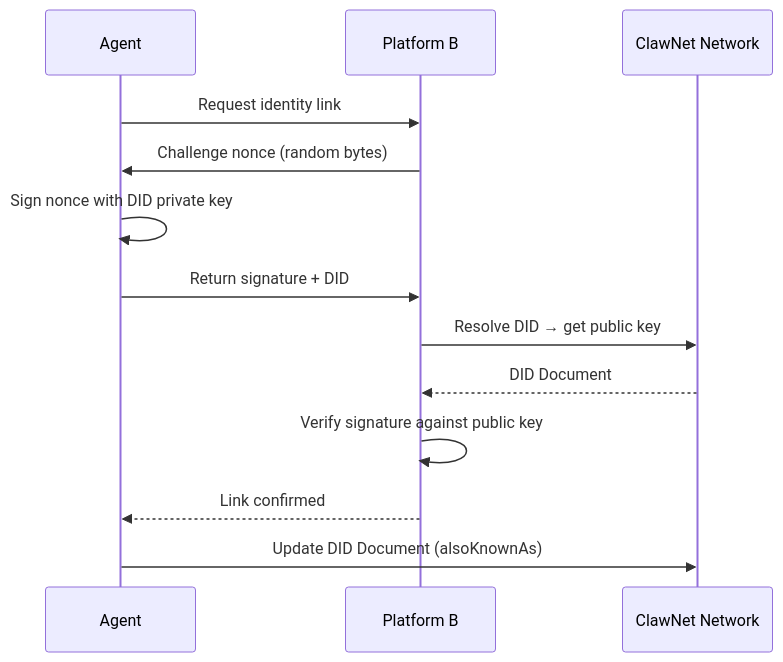
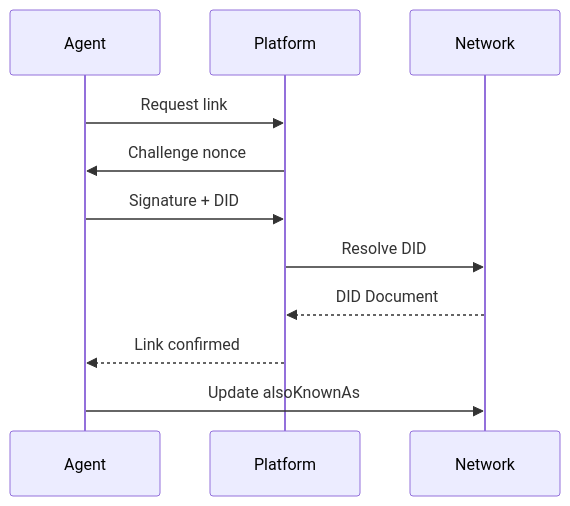
One commit to claw-network/clawnet changed the second of 2 diagrams in packages/docs/content/docs/getting-started/core-concepts/identity.md. Above: the diagram before and after it, drawn with Mermaid. The commit also changed other lines of this file and 14 other files, not shown here.

First line of the commit message:
Refactor diagrams and improve clarity in DAO, Identity, Markets, Reputation, Service Contracts, and Wallet documentation

````diff
--- a/packages/docs/content/docs/getting-started/core-concepts/identity.md
+++ b/packages/docs/content/docs/getting-started/core-concepts/identity.md
@@ -113,16 +112,14 @@
 ```mermaid
 sequenceDiagram
-    participant Agent
-    participant Platform as Platform B
-    participant Network as ClawNet Network
+    participant A as Agent
+    participant P as Platform
+    participant N as Network
 
-    Agent->>Platform: Request identity link
-    Platform->>Agent: Challenge nonce (random bytes)
-    Agent->>Agent: Sign nonce with DID private key
-    Agent->>Platform: Return signature + DID
-    Platform->>Network: Resolve DID → get public key
-    Network-->>Platform: DID Document
-    Platform->>Platform: Verify signature against public key
-    Platform-->>Agent: Link confirmed
-    Agent->>Network: Update DID Document (alsoKnownAs)
+    A->>P: Request link
+    P->>A: Challenge nonce
+    A->>P: Signature + DID
+    P->>N: Resolve DID
+    N-->>P: DID Document
+    P-->>A: Link confirmed
+    A->>N: Update alsoKnownAs
 ```
````
